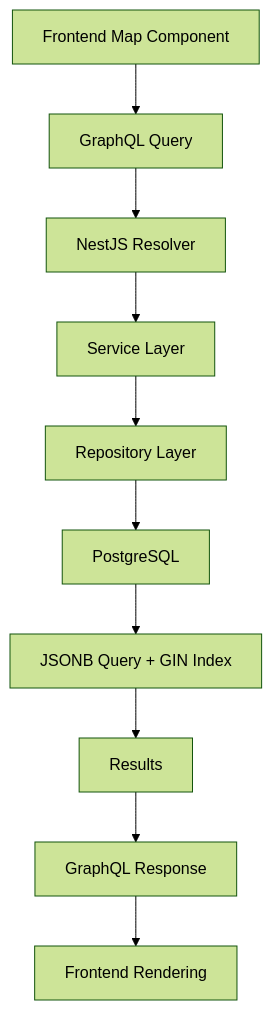
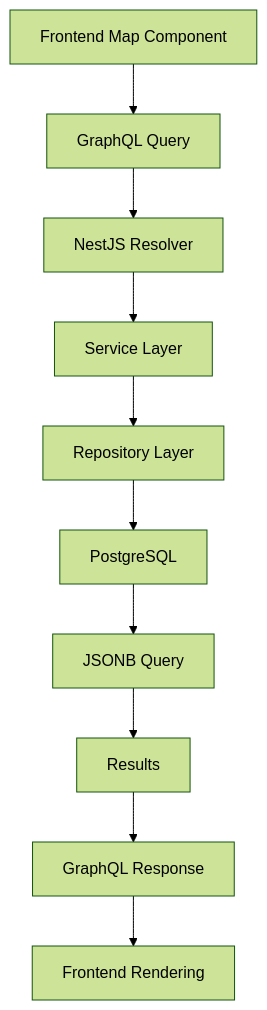
The first of 2 diagrams in docs/architecture/data-architecture.md (kmryst/terraform-hannibal), drawn with Mermaid (forest theme) before and after one commit. The commit also changed other lines of this file, not shown here.

First line of the commit message:
docs(adr): CODEX レビュー指摘を data-architecture.md に反映する

````diff
--- a/docs/architecture/data-architecture.md
+++ b/docs/architecture/data-architecture.md
@@ -149,13 +149,13 @@
 ```mermaid
 graph TD
     A[Frontend Map Component] --> B[GraphQL Query]
     B --> C[NestJS Resolver]
     C --> D[Service Layer]
     D --> E[Repository Layer]
     E --> F[PostgreSQL]
     
-    F --> G[JSONB Query + GIN Index]
+    F --> G[JSONB Query]
     G --> I[Results]
     I --> J[GraphQL Response]
     J --> K[Frontend Rendering]
 ```
````
